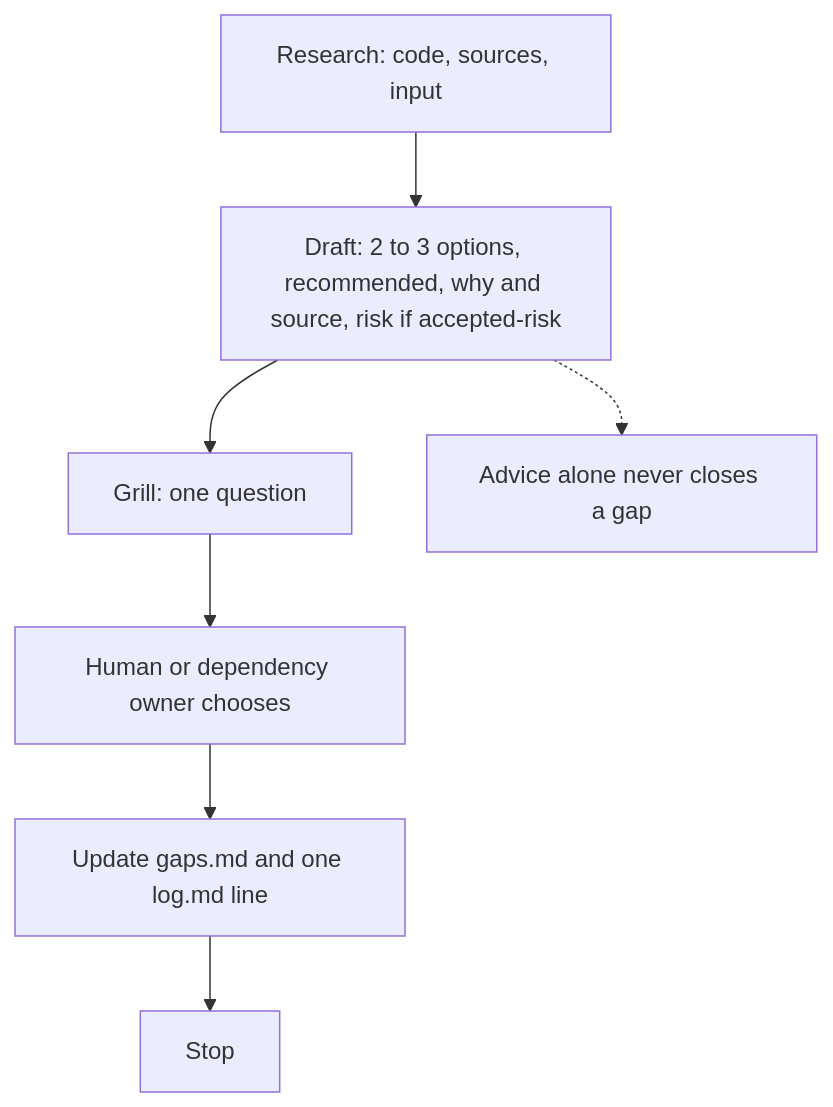
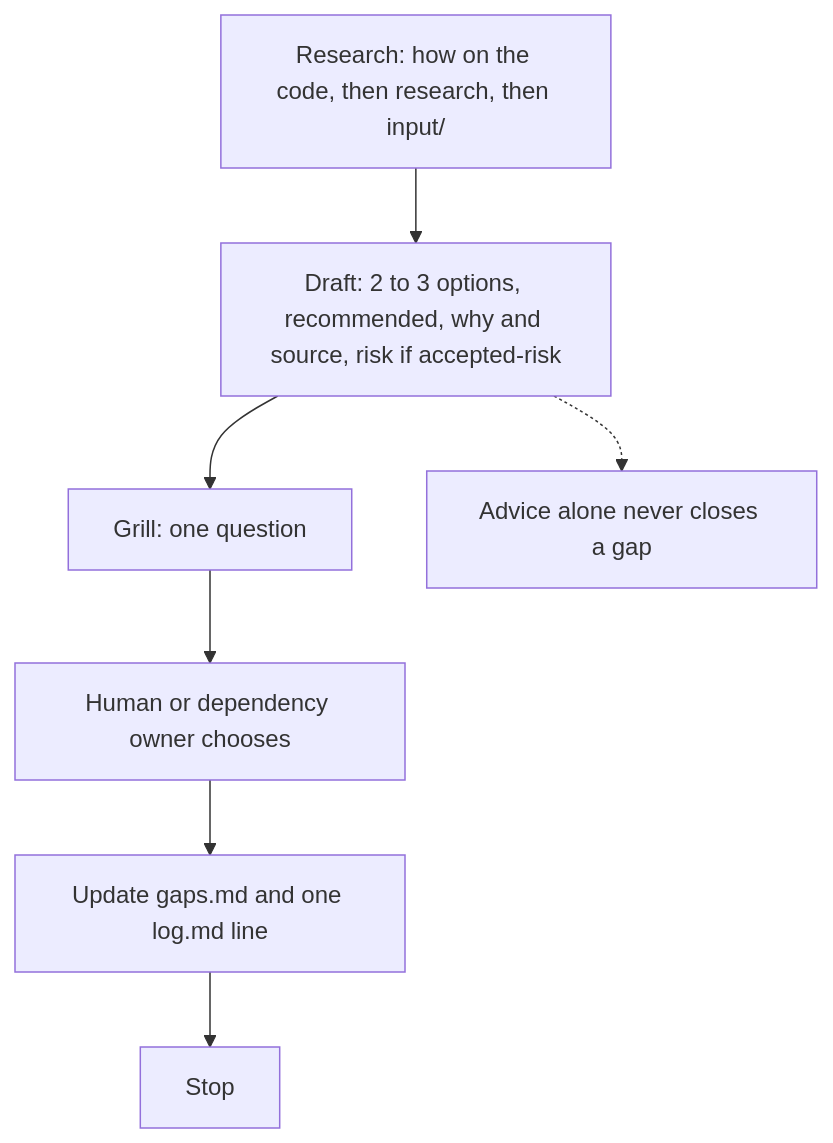
Before and after one commit to svennijhuis/agentPacks: the first of 3 diagrams in plugins/productivity/README.md, drawn with Mermaid. The commit also changed other lines of this file and 6 other files, not shown here.

````diff
--- a/plugins/productivity/README.md
+++ b/plugins/productivity/README.md
@@ -72,9 +72,9 @@
 ```mermaid
 flowchart TD
-  research["Research: code, sources, input"] --> advice["Draft: 2 to 3 options, recommended, why and source, risk if accepted-risk"]
+  research["Research: how on the code, then research, then input/"] --> advice["Draft: 2 to 3 options, recommended, why and source, risk if accepted-risk"]
   advice --> grill["Grill: one question"]
   grill --> choice["Human or dependency owner chooses"]
   choice --> record["Update gaps.md and one log.md line"]
   record --> halt["Stop"]
   advice -.-> never["Advice alone never closes a gap"]
 ```
````
